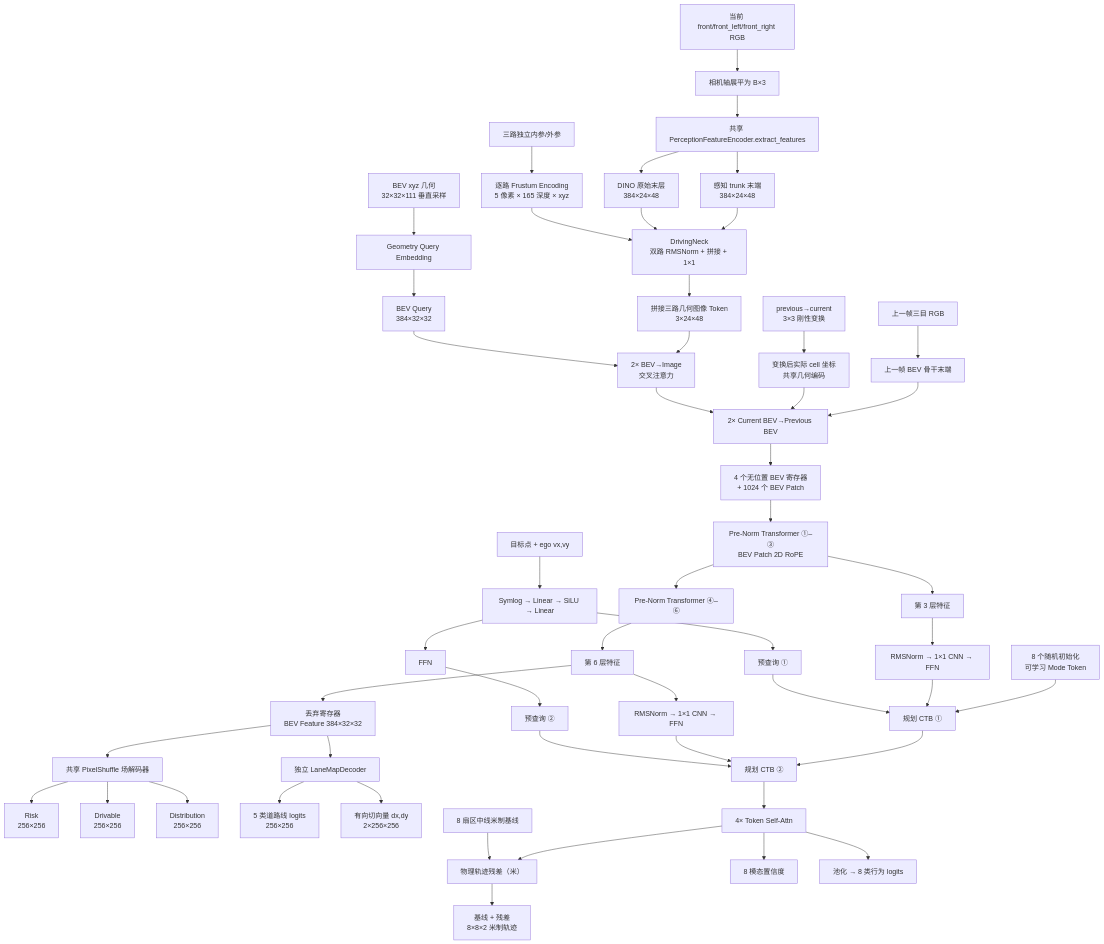
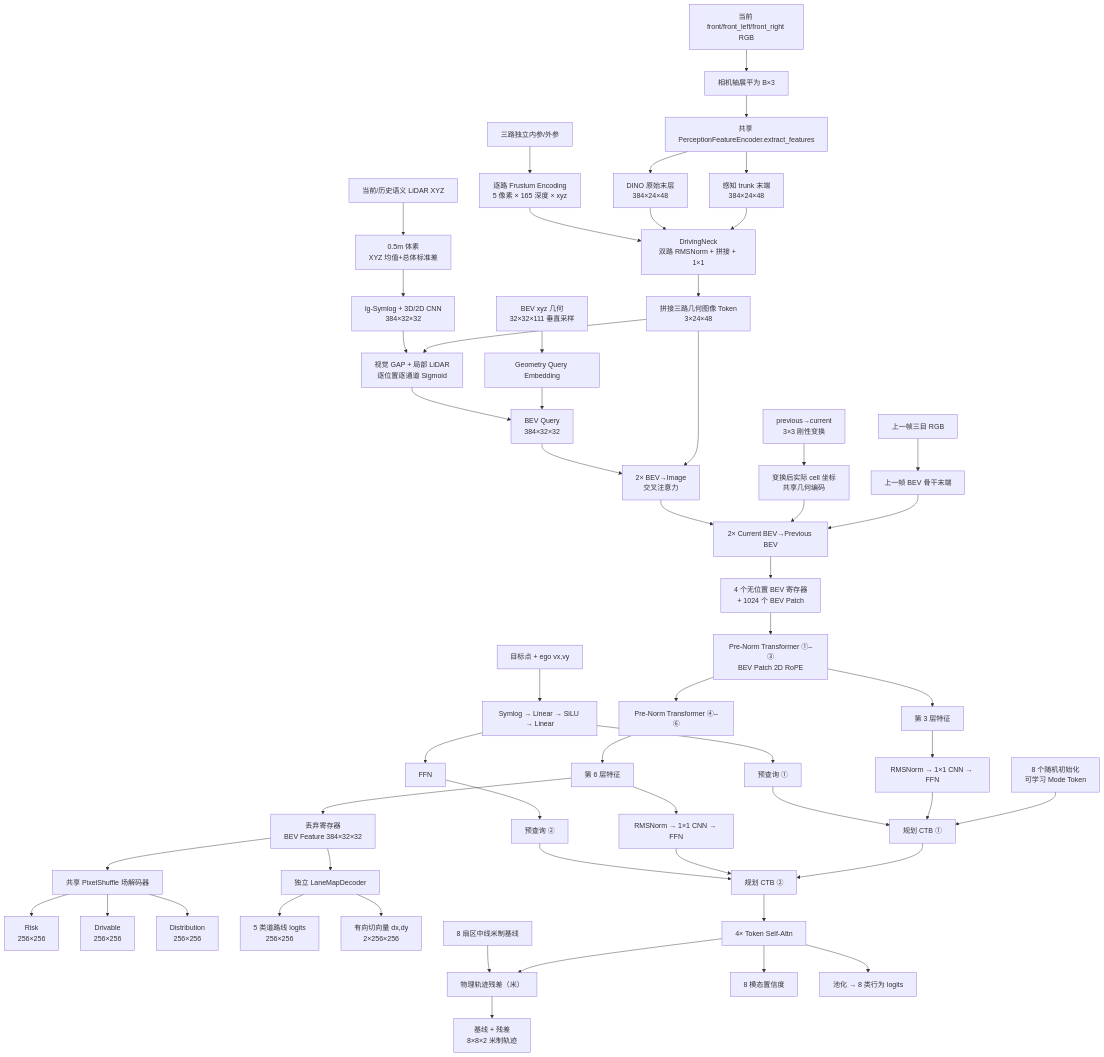
One commit to ByteDriveTeam/ByteDrive-Toy changed the fourth of 9 diagrams in README.md. Above: the diagram before and after it, drawn with Mermaid. The commit also changed other lines of this file and 33 other files, not shown here.

````diff
--- a/README.md
+++ b/README.md
@@ -305,53 +305,58 @@
 ```mermaid
 flowchart TB
     RGB["当前 front/front_left/front_right RGB"] --> FLAT["相机轴展平为 B×3"]
     FLAT --> P["共享 PerceptionFeatureEncoder.extract_features"]
     P --> T["感知 trunk 末端<br/>384×24×48"]
     P --> R["DINO 原始末层<br/>384×24×48"]
 
     T --> NECK["DrivingNeck<br/>双路 RMSNorm + 拼接 + 1×1"]
     R --> NECK
     CALIB["三路独立内参/外参"] --> FR["逐路 Frustum Encoding<br/>5 像素 × 165 深度 × xyz"]
     FR --> NECK
     NECK --> IMG["拼接三路几何图像 Token<br/>3×24×48"]
 
     GRID["BEV xyz 几何<br/>32×32×111 垂直采样"] --> QUERY["Geometry Query Embedding"]
     QUERY --> BEVQ["BEV Query<br/>384×32×32"]
+    LIDAR["当前/历史语义 LiDAR XYZ"] --> VOXEL["0.5m 体素<br/>XYZ 均值+总体标准差"]
+    VOXEL --> LENC["lg-Symlog + 3D/2D CNN<br/>384×32×32"]
+    IMG --> GATE["视觉 GAP + 局部 LiDAR<br/>逐位置逐通道 Sigmoid"]
+    LENC --> GATE
+    GATE --> BEVQ
     IMG --> CROSS["2× BEV→Image<br/>交叉注意力"]
     BEVQ --> CROSS
     PRGB["上一帧三目 RGB"] --> PBEV["上一帧 BEV 骨干末端"]
     TF["previous→current<br/>3×3 刚性变换"] --> PGEOM["变换后实际 cell 坐标<br/>共享几何编码"]
     PBEV --> TCROSS["2× Current BEV→Previous BEV"]
     PGEOM --> TCROSS
     CROSS --> TCROSS --> SEQ["4 个无位置 BEV 寄存器<br/>+ 1024 个 BEV Patch"]
     SEQ --> TRANS3["Pre-Norm Transformer ①–③<br/>BEV Patch 2D RoPE"]
     TRANS3 --> F3["第 3 层特征"]
     TRANS3 --> TRANS6["Pre-Norm Transformer ④–⑥"]
     TRANS6 --> F6["第 6 层特征"]
     F6 --> BEV["丢弃寄存器<br/>BEV Feature 384×32×32"]
 
     BEV --> FIELD["共享 PixelShuffle 场解码器"]
     FIELD --> RISK["Risk<br/>256×256"]
     FIELD --> DRIVE["Drivable<br/>256×256"]
     FIELD --> DIST["Distribution<br/>256×256"]
 
     BEV --> LANE["独立 LaneMapDecoder"]
     LANE --> LCLS["5 类道路线 logits<br/>256×256"]
     LANE --> LDIR["有向切向量 dx,dy<br/>2×256×256"]
 
     COND["目标点 + ego vx,vy"] --> SYM["Symlog → Linear → SiLU → Linear"]
     SYM --> Q1["预查询 ①"]
     SYM --> PPN["FFN"] --> Q2["预查询 ②"]
     MODE["8 个随机初始化<br/>可学习 Mode Token"] --> CTB1["规划 CTB ①"]
     F3 --> A1["RMSNorm → 1×1 CNN → FFN"] --> CTB1
     Q1 --> CTB1
     CTB1 --> CTB2["规划 CTB ②"]
     F6 --> A2["RMSNorm → 1×1 CNN → FFN"] --> CTB2
     Q2 --> CTB2
     CTB2 --> PTB["4× Token Self-Attn"]
     PTB --> RES["物理轨迹残差（米）"]
     BASE["8 扇区中线米制基线"] --> RES
     RES --> TRAJ["基线 + 残差<br/>8×8×2 米制轨迹"]
     PTB --> CONF["8 模态置信度"]
     PTB --> ACT["池化 → 8 类行为 logits"]
 ```
````
